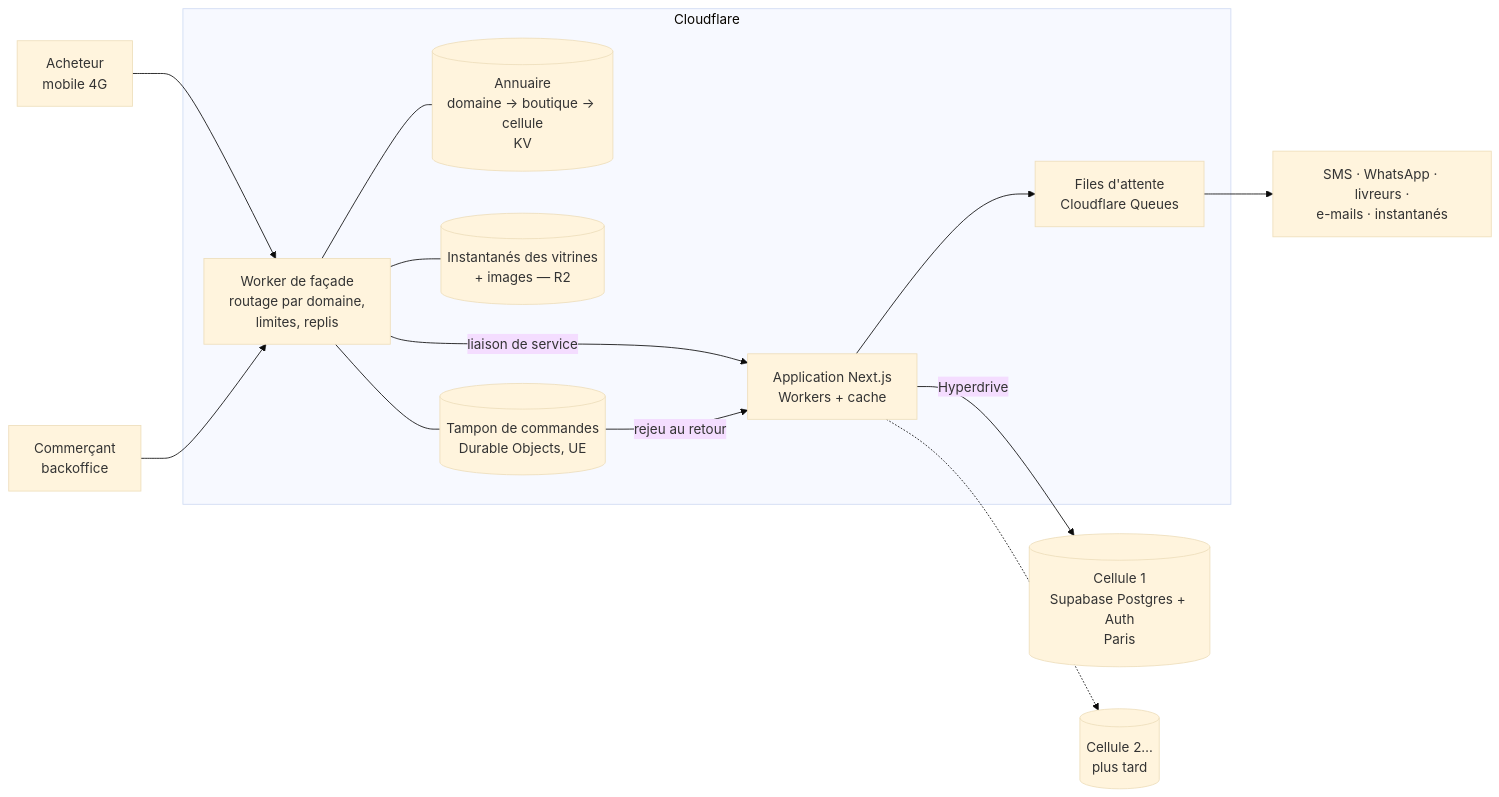
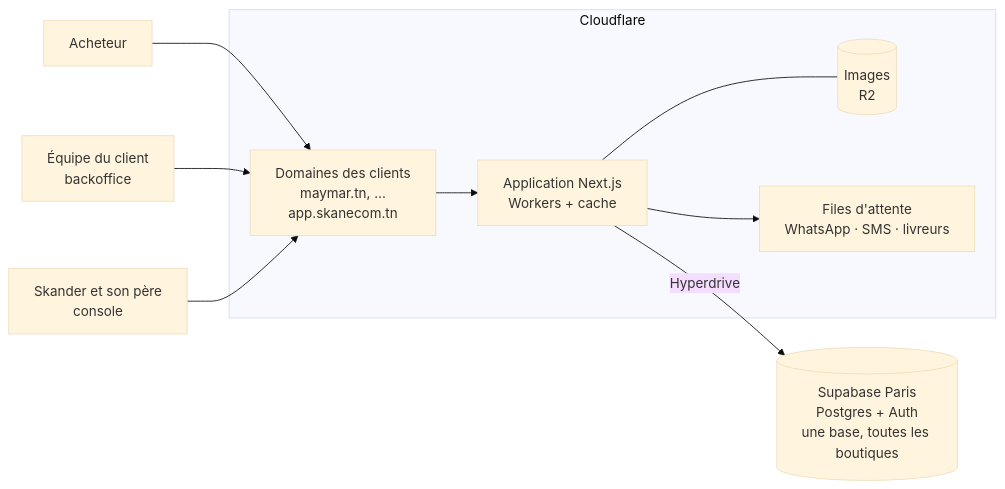
The diagram in docs/cadrage/02-infrastructure.md (saouthq/skanecom), drawn with Mermaid (base theme) before and after one commit. The commit also changed other lines of this file and 7 other files, not shown here.

First line of the commit message:
Cadrage v0.2 : recentrage sur une boutique clé en main en marque blanche

````diff
--- a/docs/cadrage/02-infrastructure.md
+++ b/docs/cadrage/02-infrastructure.md
@@ -90,22 +43,16 @@
 ```mermaid
 flowchart LR
-  A[Acheteur<br/>mobile 4G] --> F
-  M[Commerçant<br/>backoffice] --> F
+  A[Acheteur] --> D
+  E[Équipe du client<br/>backoffice] --> D
+  N[Skander et son père<br/>console] --> D
   subgraph CF[Cloudflare]
-    F[Worker de façade<br/>routage par domaine,<br/>limites, replis]
-    K[(Annuaire<br/>domaine → boutique → cellule<br/>KV)]
-    R[(Instantanés des vitrines<br/>+ images — R2)]
-    Q[(Tampon de commandes<br/>Durable Objects, UE)]
+    D[Domaines des clients<br/>maymar.tn, …<br/>app.skanecom.tn]
     V[Application Next.js<br/>Workers + cache]
-    W[Files d'attente<br/>Cloudflare Queues]
-    F --- K
-    F --- R
-    F --- Q
-    F -->|liaison de service| V
-    Q -->|rejeu au retour| V
+    R[(Images<br/>R2)]
+    W[Files d'attente<br/>WhatsApp · SMS · livreurs]
+    D --> V
+    V --- R
     V --> W
   end
-  V -->|Hyperdrive| S1[(Cellule 1<br/>Supabase Postgres + Auth<br/>Paris)]
-  V -.-> S2[(Cellule 2…<br/>plus tard)]
-  W --> X[SMS · WhatsApp · livreurs ·<br/>e-mails · instantanés]
+  V -->|Hyperdrive| S[(Supabase Paris<br/>Postgres + Auth<br/>une base, toutes les boutiques)]
 ```
````
